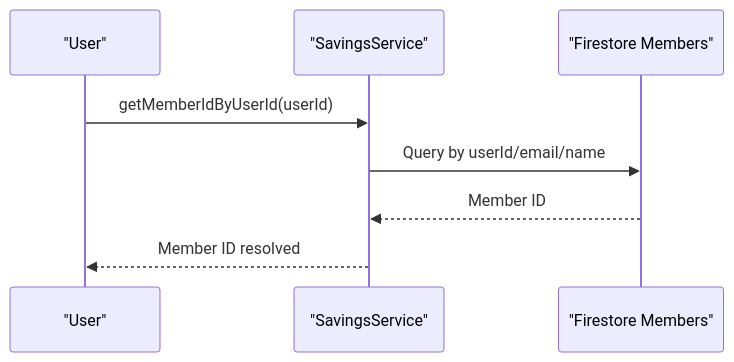
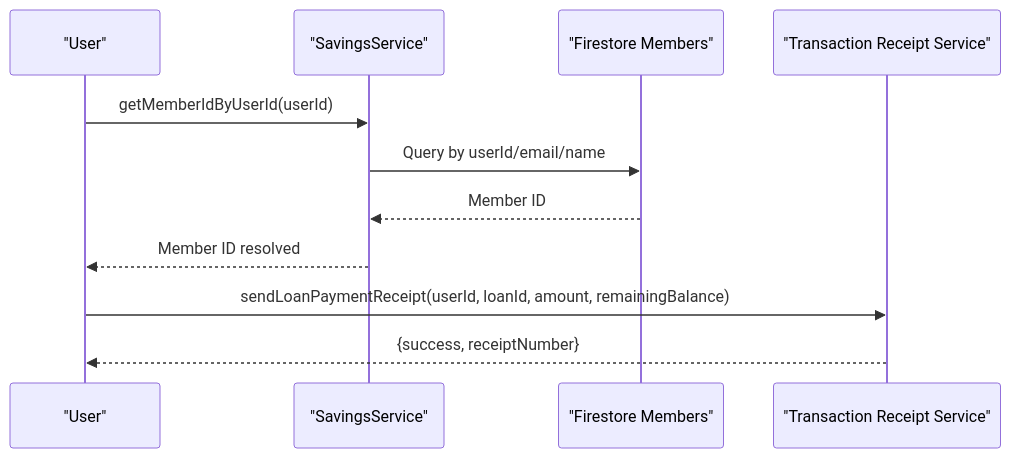
One commit to Unsure-bry/sampacoop_system changed the ninth of 12 diagrams in .qoder/repowiki/en/content/API Endpoints Reference/Loan Management API.md. Above: the diagram before and after it, drawn with Mermaid. The commit also changed other lines of this file and 4 other files, not shown here.

````diff
--- a/.qoder/repowiki/en/content/API Endpoints Reference/Loan Management API.md
+++ b/.qoder/repowiki/en/content/API Endpoints Reference/Loan Management API.md
@@ -414,10 +445,13 @@
 ```mermaid
 sequenceDiagram
 participant User as "User"
 participant Savings as "SavingsService"
 participant Members as "Firestore Members"
+participant ReceiptService as "Transaction Receipt Service"
 User->>Savings : getMemberIdByUserId(userId)
 Savings->>Members : Query by userId/email/name
 Members-->>Savings : Member ID
 Savings-->>User : Member ID resolved
+User->>ReceiptService : sendLoanPaymentReceipt(userId, loanId, amount, remainingBalance)
+ReceiptService-->>User : {success, receiptNumber}
 ```
````
